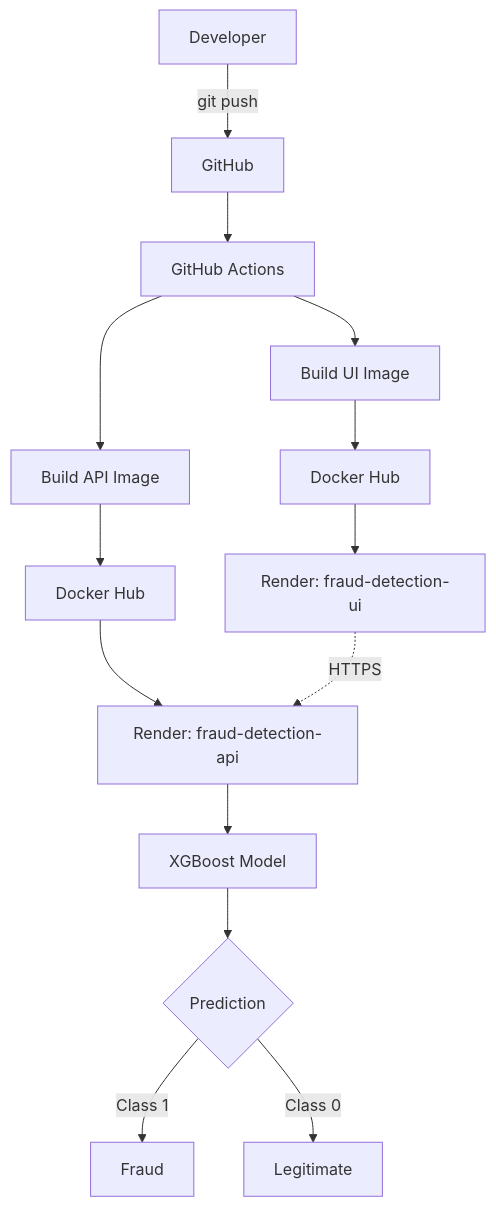
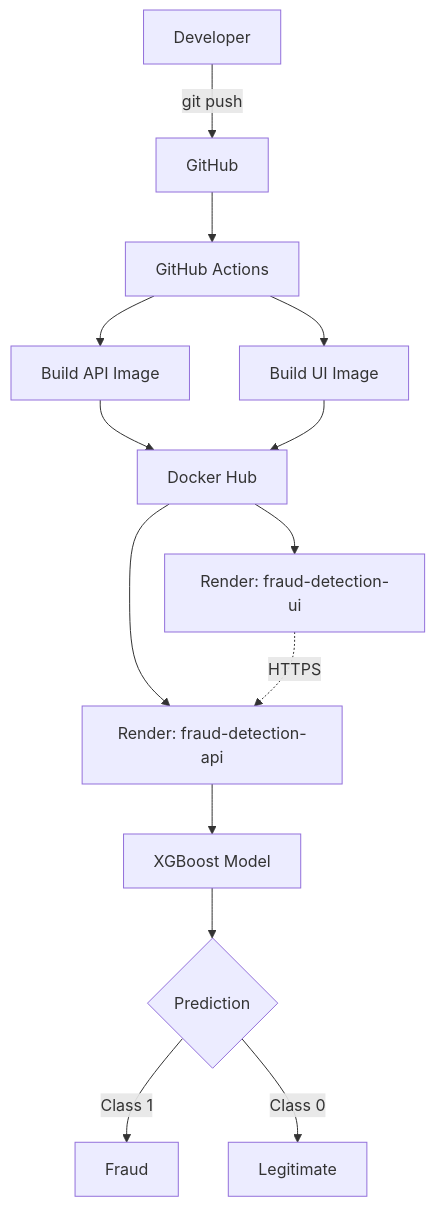
One commit to KashishPundir/CreditCard-Fraud-Detection changed the first of 4 diagrams in README.md. Above: the diagram before and after it, drawn with Mermaid. The commit also changed other lines of this file, not shown here.

````diff
--- a/README.md
+++ b/README.md
@@ -115,16 +100,16 @@
 ```mermaid
 flowchart TD
     A[Developer] -->|git push| B[GitHub]
     B --> C[GitHub Actions]
     C --> D[Build API Image]
     C --> E[Build UI Image]
     D --> F[Docker Hub]
-    E --> G[Docker Hub]
+    E --> F
     F --> H[Render: fraud-detection-api]
-    G --> I[Render: fraud-detection-ui]
+    F --> I[Render: fraud-detection-ui]
+    I -.HTTPS.-> H
     H --> J[XGBoost Model]
     J --> K{Prediction}
     K -->|Class 1| L[Fraud]
     K -->|Class 0| M[Legitimate]
-    I -.HTTPS.-> H
 ```
````
